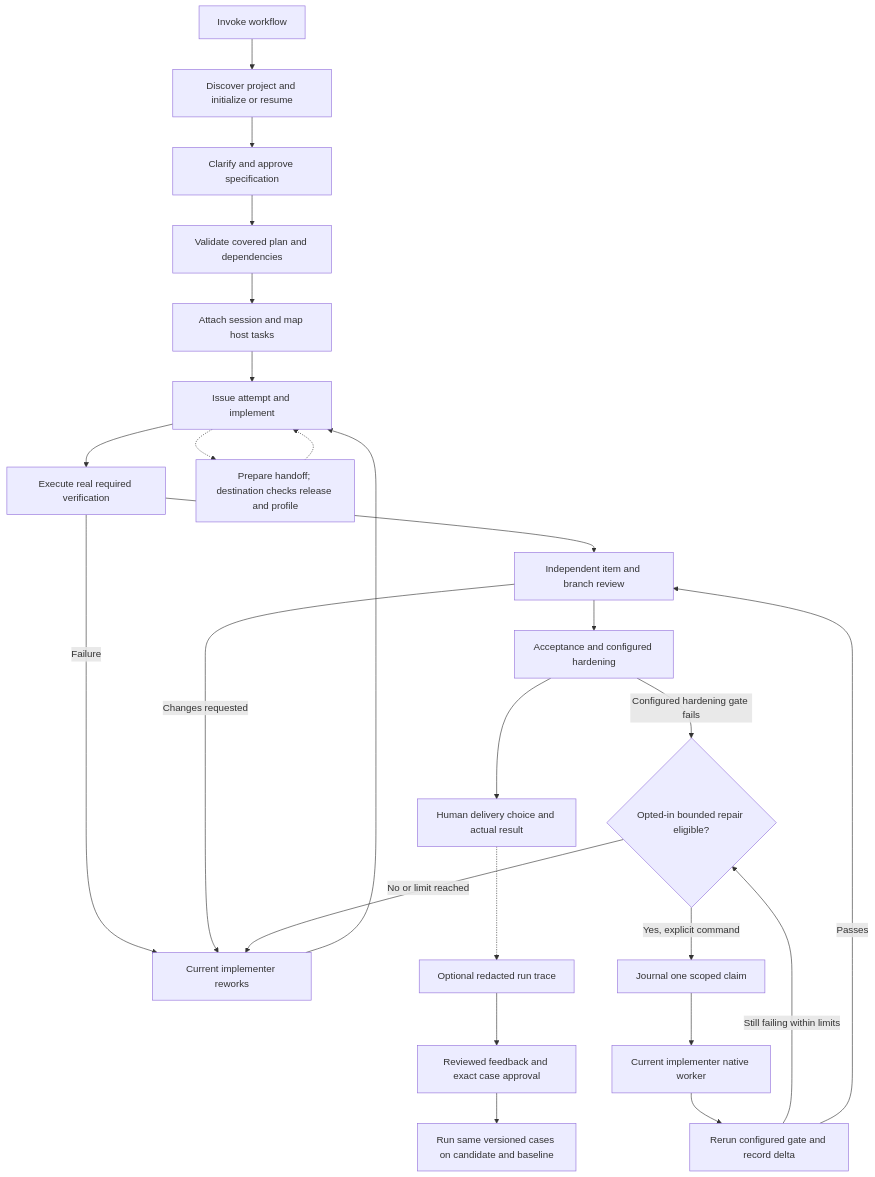
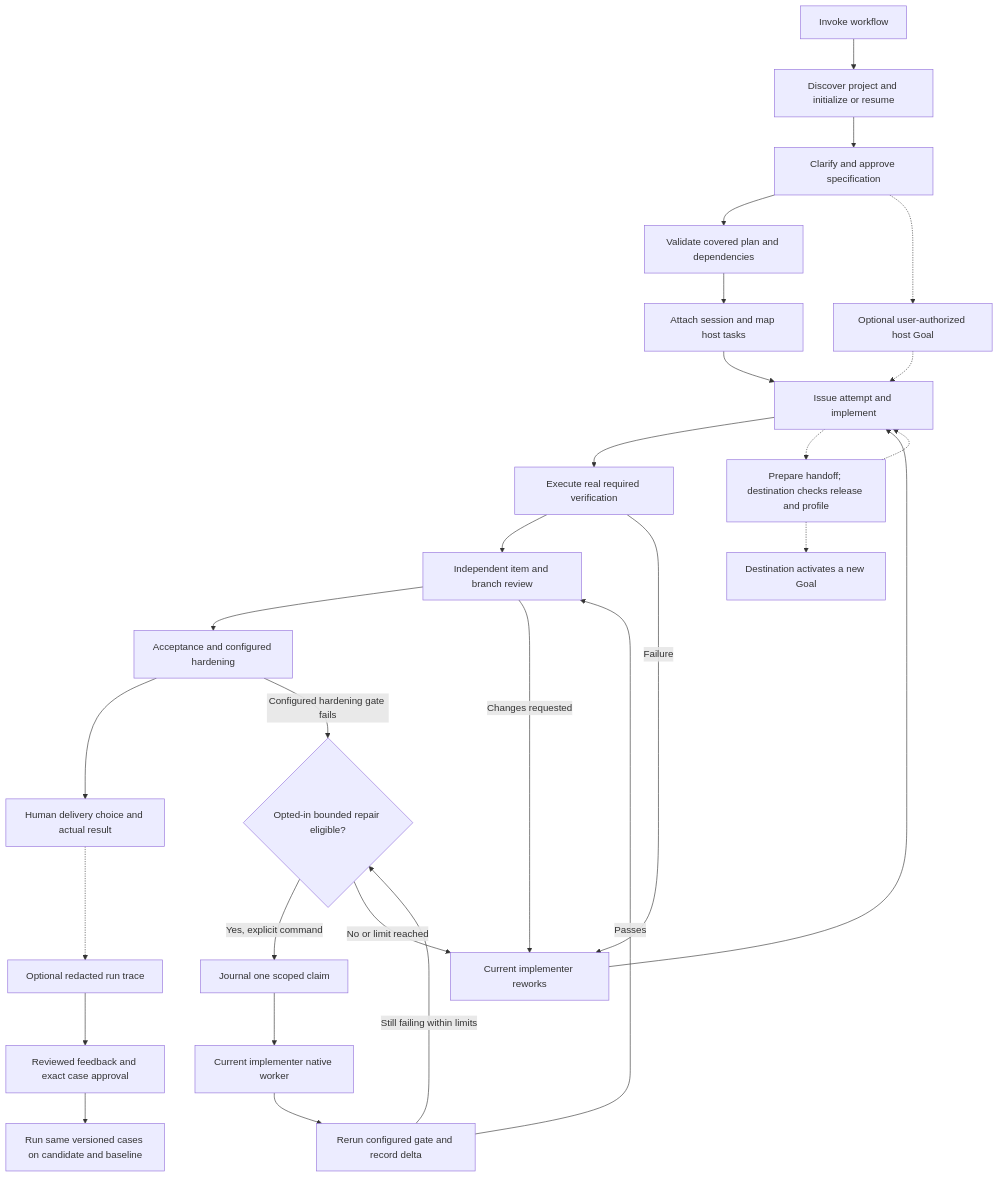
The diagram in docs/setup-and-usage.md (wgentil/devflow), drawn with Mermaid before and after one commit. The commit also changed other lines of this file and 15 other files, not shown here.

Commit message:
feat: bind authorized host Goals to DevFlow runs

````diff
--- a/docs/setup-and-usage.md
+++ b/docs/setup-and-usage.md
@@ -42,27 +42,30 @@
 ```mermaid
 flowchart TD
     Invoke[Invoke workflow] --> Init[Discover project and initialize or resume]
     Init --> Spec[Clarify and approve specification]
     Spec --> Plan[Validate covered plan and dependencies]
     Plan --> Attach[Attach session and map host tasks]
     Attach --> Work[Issue attempt and implement]
     Work --> Proof[Execute real required verification]
     Proof --> Review[Independent item and branch review]
     Review --> Accept[Acceptance and configured hardening]
     Accept --> Deliver[Human delivery choice and actual result]
     Proof -->|Failure| Fix[Current implementer reworks]
     Review -->|Changes requested| Fix
     Accept -->|Configured hardening gate fails| Repair{Opted-in bounded repair eligible?}
     Repair -->|Yes, explicit command| Claim[Journal one scoped claim]
     Claim --> Worker[Current implementer native worker]
     Worker --> Recheck[Rerun configured gate and record delta]
     Recheck -->|Still failing within limits| Repair
     Recheck -->|Passes| Review
     Repair -->|No or limit reached| Fix
     Fix --> Work
     Work -.-> Transfer[Prepare handoff; destination checks release and profile]
     Transfer -.-> Work
+    Spec -.-> Goal[Optional user-authorized host Goal]
+    Goal -.-> Work
+    Transfer -.-> NewGoal[Destination activates a new Goal]
     Deliver -.-> Trace[Optional redacted run trace]
     Trace --> Feedback[Reviewed feedback and exact case approval]
     Feedback --> Eval[Run same versioned cases on candidate and baseline]
 ```
````
